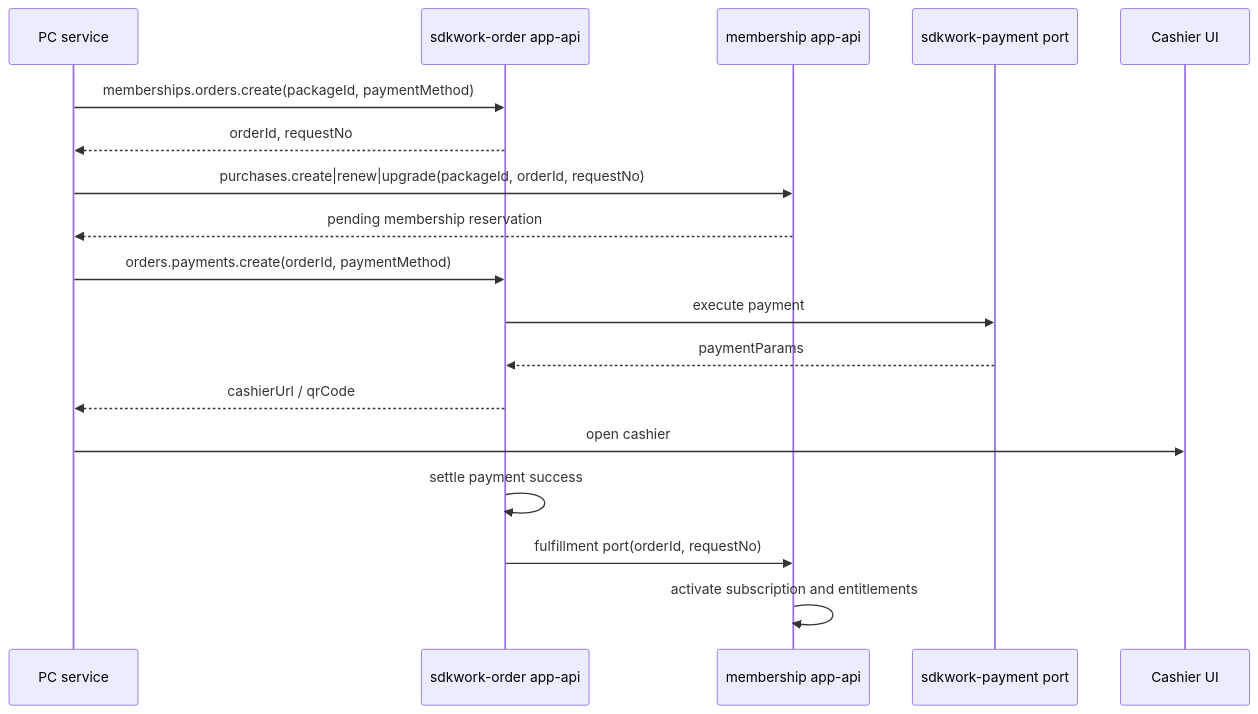
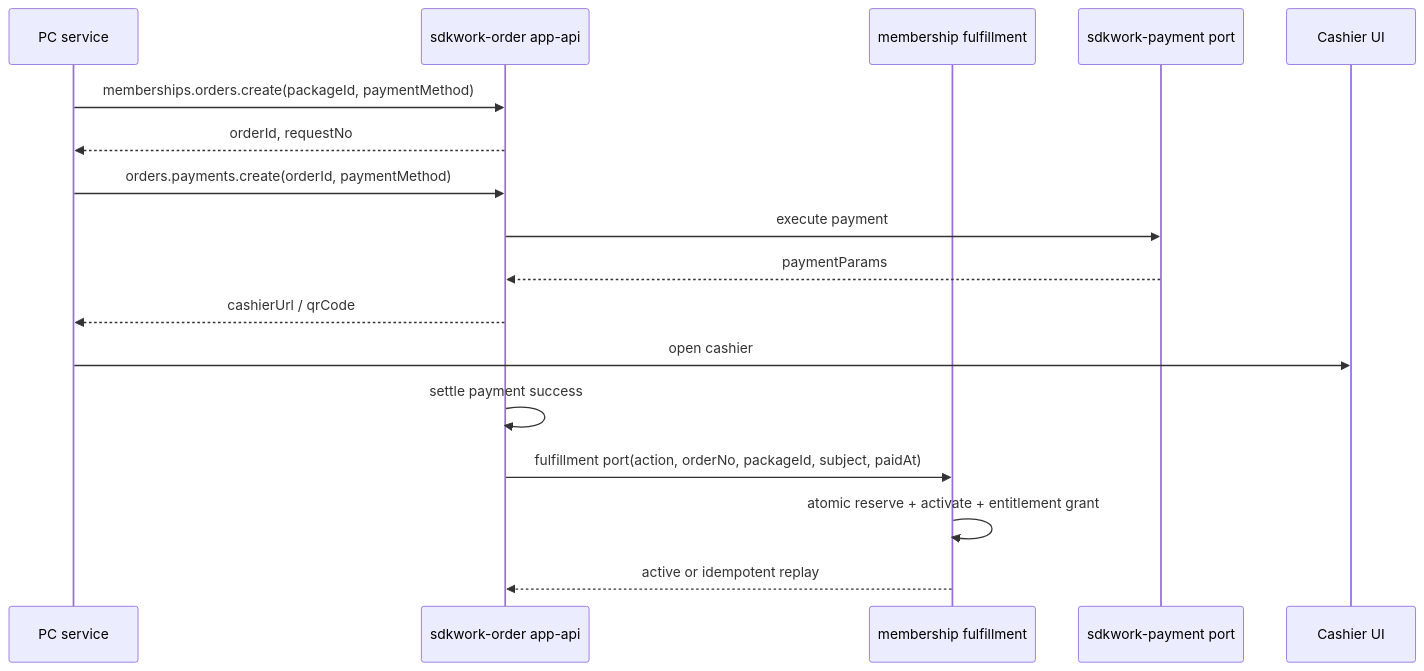
Before and after one commit to Sdkwork-Cloud/sdkwork-membership: the diagram in docs/architecture/tech/TECH_ARCHITECTURE.md, drawn with Mermaid. The commit also changed other lines of this file and 36 other files, not shown here.

````diff
--- a/docs/architecture/tech/TECH_ARCHITECTURE.md
+++ b/docs/architecture/tech/TECH_ARCHITECTURE.md
@@ -158,21 +161,20 @@
 ```mermaid
 sequenceDiagram
     participant Client as PC service
     participant Order as sdkwork-order app-api
-    participant Membership as membership app-api
+    participant Membership as membership fulfillment
     participant Payment as sdkwork-payment port
     participant Cashier as Cashier UI
 
     Client->>Order: memberships.orders.create(packageId, paymentMethod)
     Order-->>Client: orderId, requestNo
-    Client->>Membership: purchases.create|renew|upgrade(packageId, orderId, requestNo)
-    Membership-->>Client: pending membership reservation
     Client->>Order: orders.payments.create(orderId, paymentMethod)
     Order->>Payment: execute payment
     Payment-->>Order: paymentParams
     Order-->>Client: cashierUrl / qrCode
     Client->>Cashier: open cashier
     Order->>Order: settle payment success
-    Order->>Membership: fulfillment port(orderId, requestNo)
-    Membership->>Membership: activate subscription and entitlements
+    Order->>Membership: fulfillment port(action, orderNo, packageId, subject, paidAt)
+    Membership->>Membership: atomic reserve + activate + entitlement grant
+    Membership-->>Order: active or idempotent replay
 ```
````
